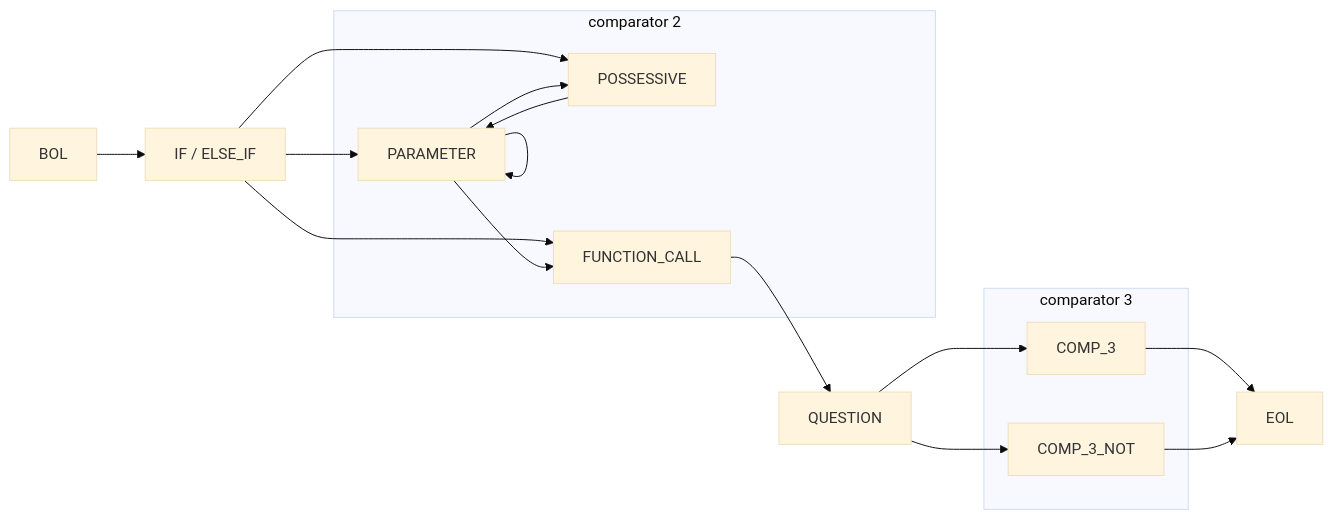
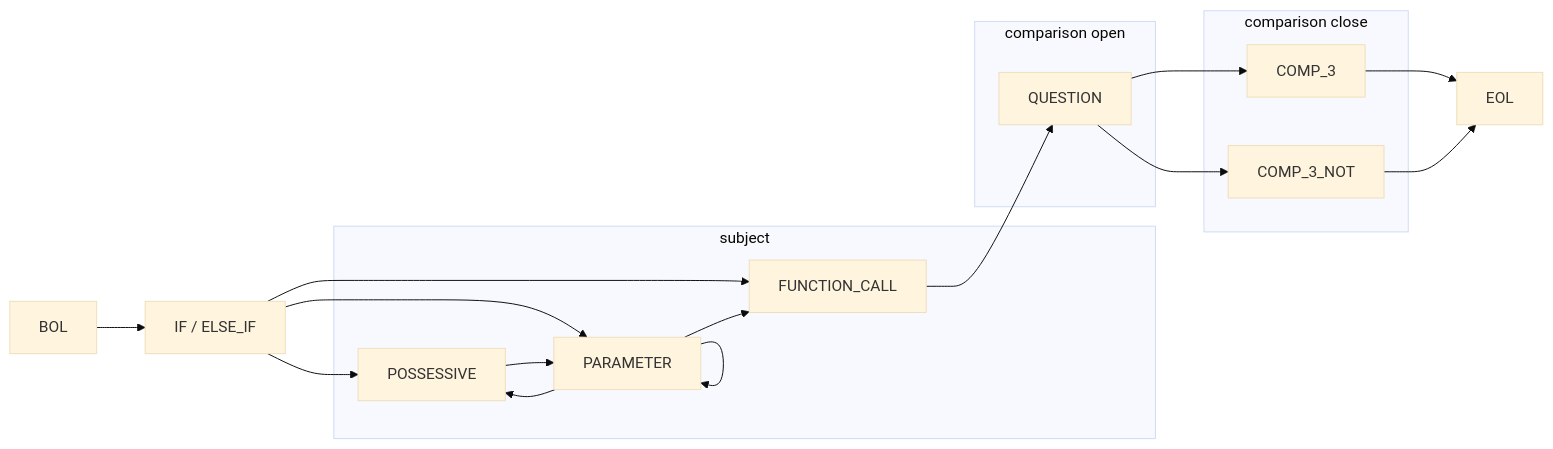
Before and after one commit to rewhowe/snapdragon: the ninth of 12 diagrams in documentation/nfsm.md, drawn with Mermaid (base theme). The commit also changed other lines of this file and 12 other files, not shown here.

Commit message:
add mermaid diagrams

````diff
--- a/documentation/nfsm.md
+++ b/documentation/nfsm.md
@@ -228,30 +237,34 @@
 ```mermaid
 graph LR
   BOL --> IF[IF / ELSE_IF]
 
+  IF[IF / ELSE_IF ] --> POSSESSIVE
   IF[IF / ELSE_IF ] --> PARAMETER
-  IF[IF / ELSE_IF ] --> POSSESSIVE
   IF[IF / ELSE_IF ] --> FUNCTION_CALL
 
-  subgraph comparator 2
+  subgraph subject
+    PARAMETER --> POSSESSIVE
     PARAMETER --> PARAMETER
-    PARAMETER --> POSSESSIVE
     PARAMETER --> FUNCTION_CALL
 
     POSSESSIVE --> PARAMETER
   end
 
   FUNCTION_CALL --> QUESTION
 
   QUESTION --> COMP_3
   QUESTION --> COMP_3_NOT
 
   COMP_3 --> EOL
 
   COMP_3_NOT --> EOL
 
-  subgraph comparator 3
+  subgraph comparison open
+    QUESTION
+  end
+
+  subgraph comparison close
     COMP_3
     COMP_3_NOT
   end
 ```
````
